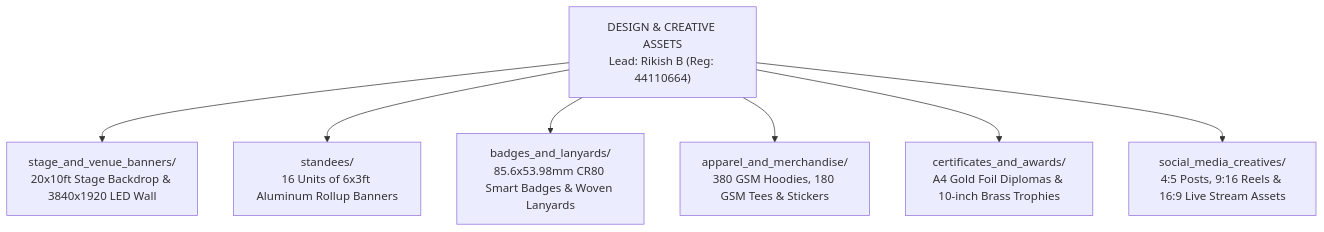
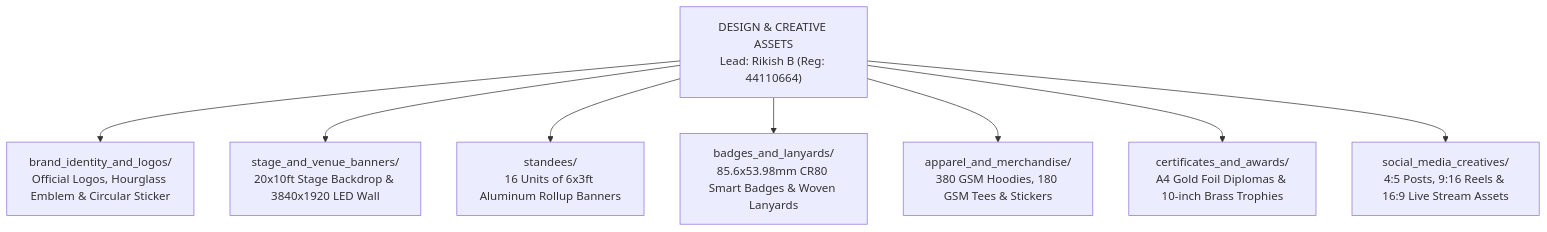
One commit to MasterZ1311/Kairos changed the diagram in teams/02_design_and_creative_assets/README.md. Above: the diagram before and after it, drawn with Mermaid. The commit also changed other lines of this file and 67 other files, not shown here.

````diff
--- a/teams/02_design_and_creative_assets/README.md
+++ b/teams/02_design_and_creative_assets/README.md
@@ -15,11 +15,12 @@
 ```mermaid
 graph TD
     DSGN["DESIGN & CREATIVE ASSETS<br/>Lead: Rikish B (Reg: 44110664)"]
     
+    DSGN --> B0["brand_identity_and_logos/<br/>Official Logos, Hourglass Emblem & Circular Sticker"]
     DSGN --> B1["stage_and_venue_banners/<br/>20x10ft Stage Backdrop & 3840x1920 LED Wall"]
     DSGN --> B2["standees/<br/>16 Units of 6x3ft Aluminum Rollup Banners"]
     DSGN --> B3["badges_and_lanyards/<br/>85.6x53.98mm CR80 Smart Badges & Woven Lanyards"]
     DSGN --> B4["apparel_and_merchandise/<br/>380 GSM Hoodies, 180 GSM Tees & Stickers"]
     DSGN --> B5["certificates_and_awards/<br/>A4 Gold Foil Diplomas & 10-inch Brass Trophies"]
     DSGN --> B6["social_media_creatives/<br/>4:5 Posts, 9:16 Reels & 16:9 Live Stream Assets"]
 ```
````
